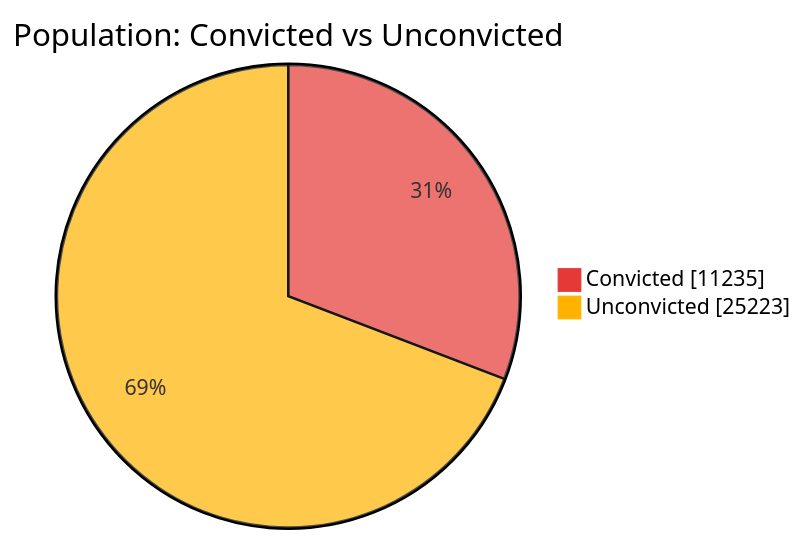
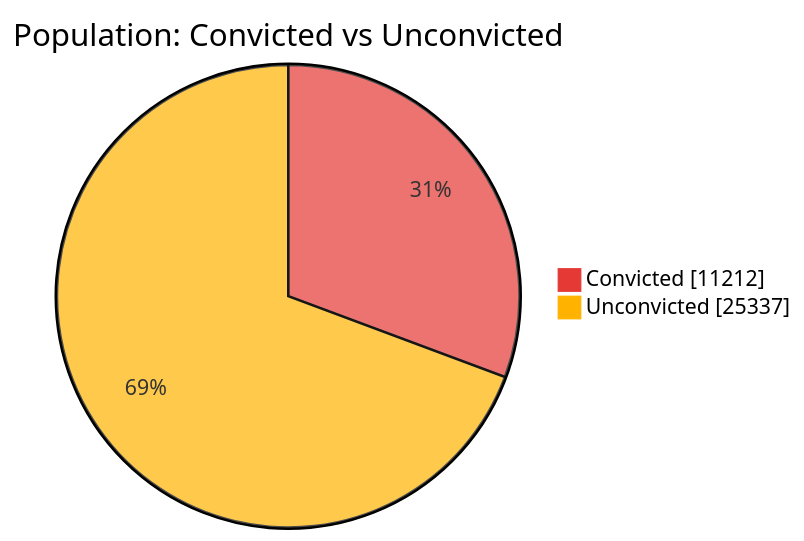
One commit to nuuuwan/lk_prisons changed the first of 7 diagrams in README.md. Above: the diagram before and after it, drawn with Mermaid. The commit also changed other lines of this file and 1 other file, not shown here.

````diff
--- a/README.md
+++ b/README.md
@@ -43,6 +43,6 @@
 ```mermaid
 %%{init: {'themeVariables': {'pie1': '#E53935', 'pie2': '#FFB300'}}}%%
 pie showData title Population: Convicted vs Unconvicted
-    "Convicted" : 11235
-    "Unconvicted" : 25223
+    "Convicted" : 11212
+    "Unconvicted" : 25337
 ```
````
